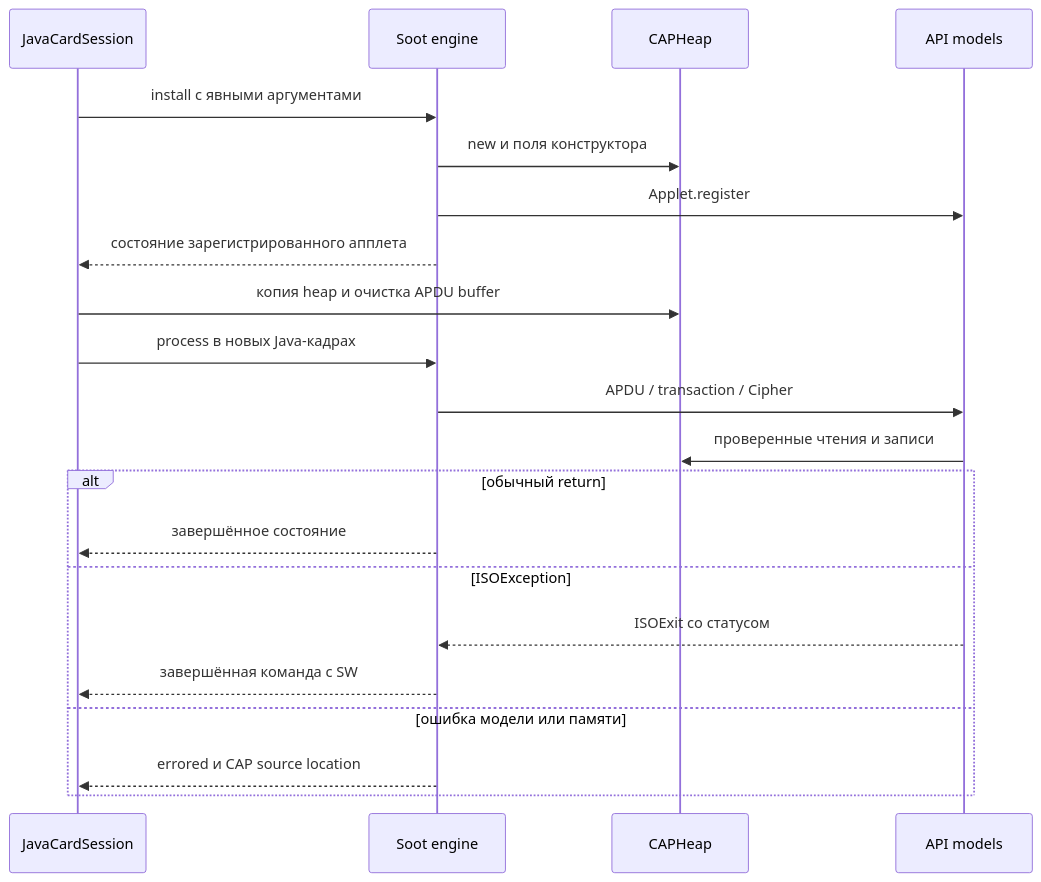
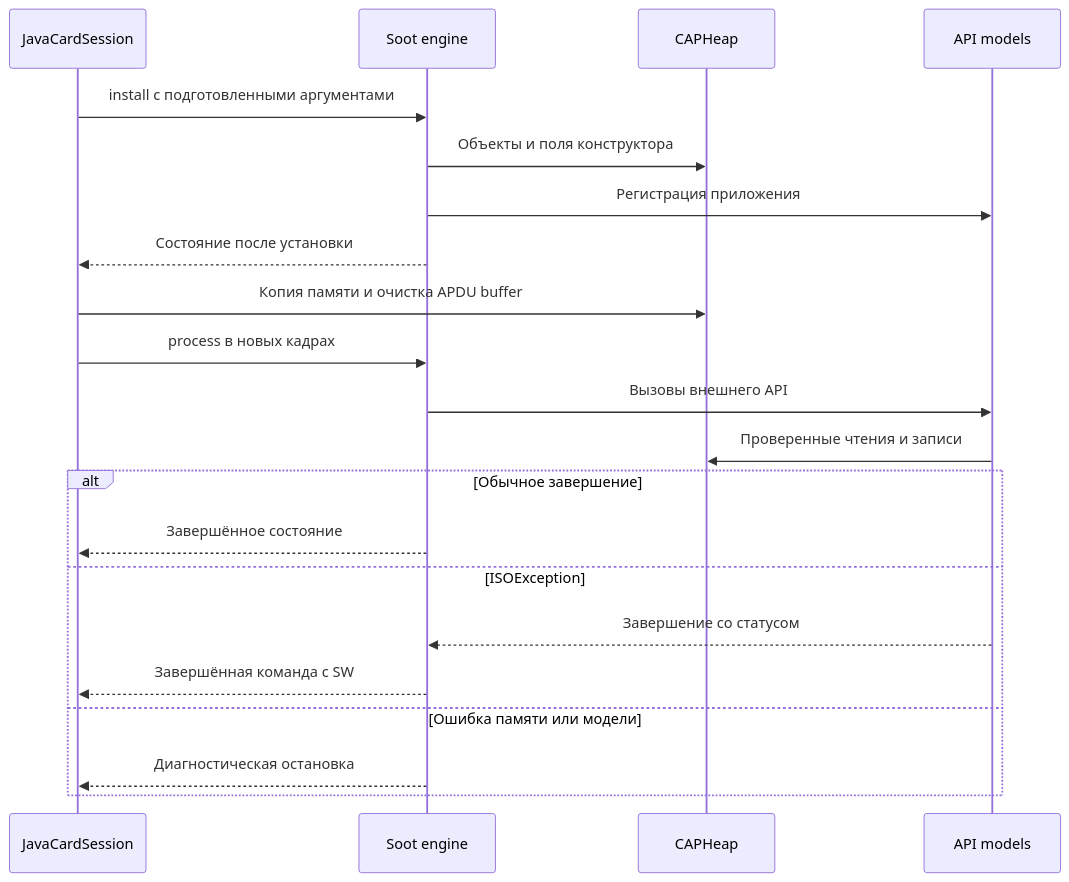
Before and after one commit to katet3/bot1: the second of 2 diagrams in docs/PROJECT.md, drawn with Mermaid. The commit also changed other lines of this file and 38 other files, not shown here.

````diff
--- a/docs/PROJECT.md
+++ b/docs/PROJECT.md
@@ -252,23 +360,23 @@
 ```mermaid
 sequenceDiagram
     participant H as JavaCardSession
     participant E as Soot engine
     participant P as CAPHeap
     participant A as API models
-    H->>E: install с явными аргументами
-    E->>P: new и поля конструктора
-    E->>A: Applet.register
-    E-->>H: состояние зарегистрированного апплета
-    H->>P: копия heap и очистка APDU buffer
-    H->>E: process в новых Java-кадрах
-    E->>A: APDU / transaction / Cipher
-    A->>P: проверенные чтения и записи
-    alt обычный return
-        E-->>H: завершённое состояние
+    H->>E: install с подготовленными аргументами
+    E->>P: Объекты и поля конструктора
+    E->>A: Регистрация приложения
+    E-->>H: Состояние после установки
+    H->>P: Копия памяти и очистка APDU buffer
+    H->>E: process в новых кадрах
+    E->>A: Вызовы внешнего API
+    A->>P: Проверенные чтения и записи
+    alt Обычное завершение
+        E-->>H: Завершённое состояние
     else ISOException
-        A-->>E: ISOExit со статусом
-        E-->>H: завершённая команда с SW
-    else ошибка модели или памяти
-        E-->>H: errored и CAP source location
+        A-->>E: Завершение со статусом
+        E-->>H: Завершённая команда с SW
+    else Ошибка памяти или модели
+        E-->>H: Диагностическая остановка
     end
 ```
````
